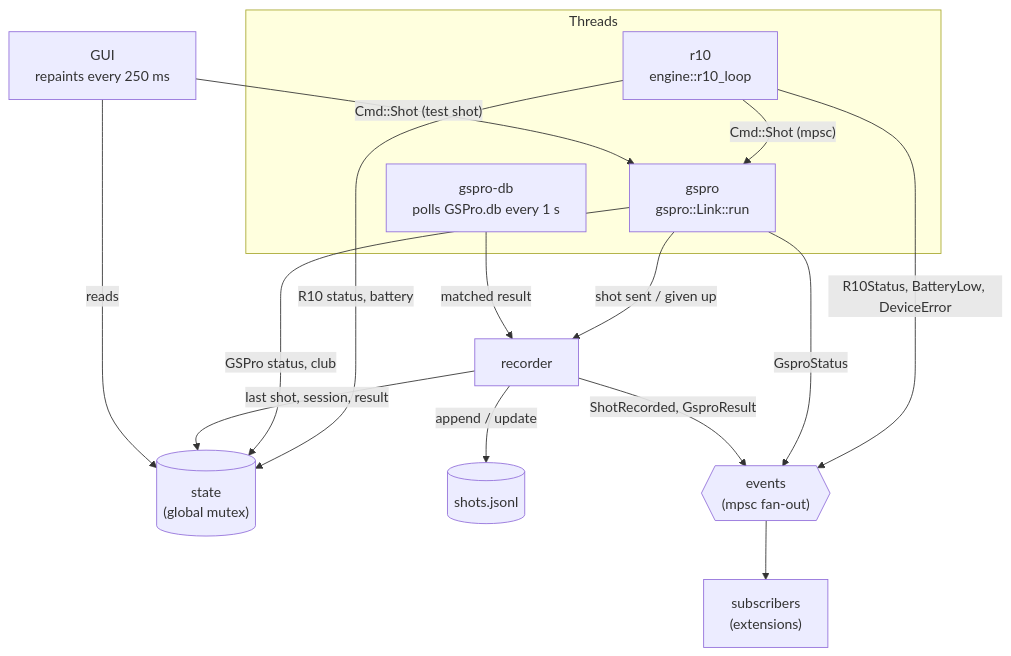
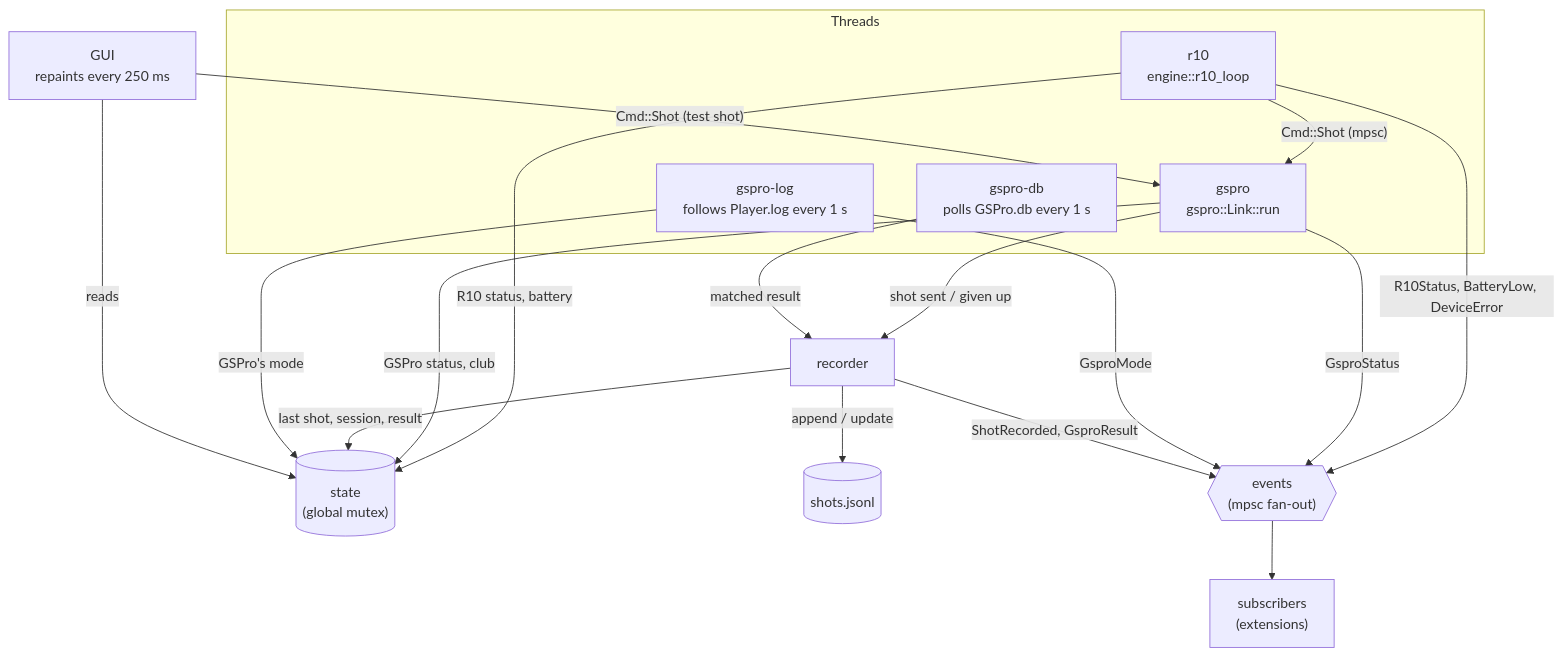
Before and after one commit to chgl42/golfsim-connect: the second of 3 diagrams in docs/architecture.md, drawn with Mermaid. The commit also changed other lines of this file and 11 other files, not shown here.

First line of the commit message:
Know where GSPro is from its log; tile overlays step aside in its menus

````diff
--- a/docs/architecture.md
+++ b/docs/architecture.md
@@ -111,27 +115,30 @@
 ```mermaid
 flowchart TB
   subgraph threads["Threads"]
     R["r10<br/>engine::r10_loop"]
     G["gspro<br/>gspro::Link::run"]
     D["gspro-db<br/>polls GSPro.db every 1 s"]
+    L["gspro-log<br/>follows Player.log every 1 s"]
   end
   UI["GUI<br/>repaints every 250 ms"]
   S[("state<br/>(global mutex)")]
   H[("shots.jsonl")]
   REC["recorder"]
   EV{{"events<br/>(mpsc fan-out)"}}
   SUB["subscribers<br/>(extensions)"]
   R -- "Cmd::Shot (mpsc)" --> G
   R -- "R10 status, battery" --> S
   G -- "GSPro status, club" --> S
   G -- "shot sent / given up" --> REC
   D -- "matched result" --> REC
   REC -- "last shot, session, result" --> S
   REC -- "append / update" --> H
   R -- "R10Status, BatteryLow, DeviceError" --> EV
   G -- "GsproStatus" --> EV
+  L -- "GSPro's mode" --> S
+  L -- "GsproMode" --> EV
   REC -- "ShotRecorded, GsproResult" --> EV
   EV --> SUB
   UI -- "reads" --> S
   UI -- "Cmd::Shot (test shot)" --> G
 ```
````
